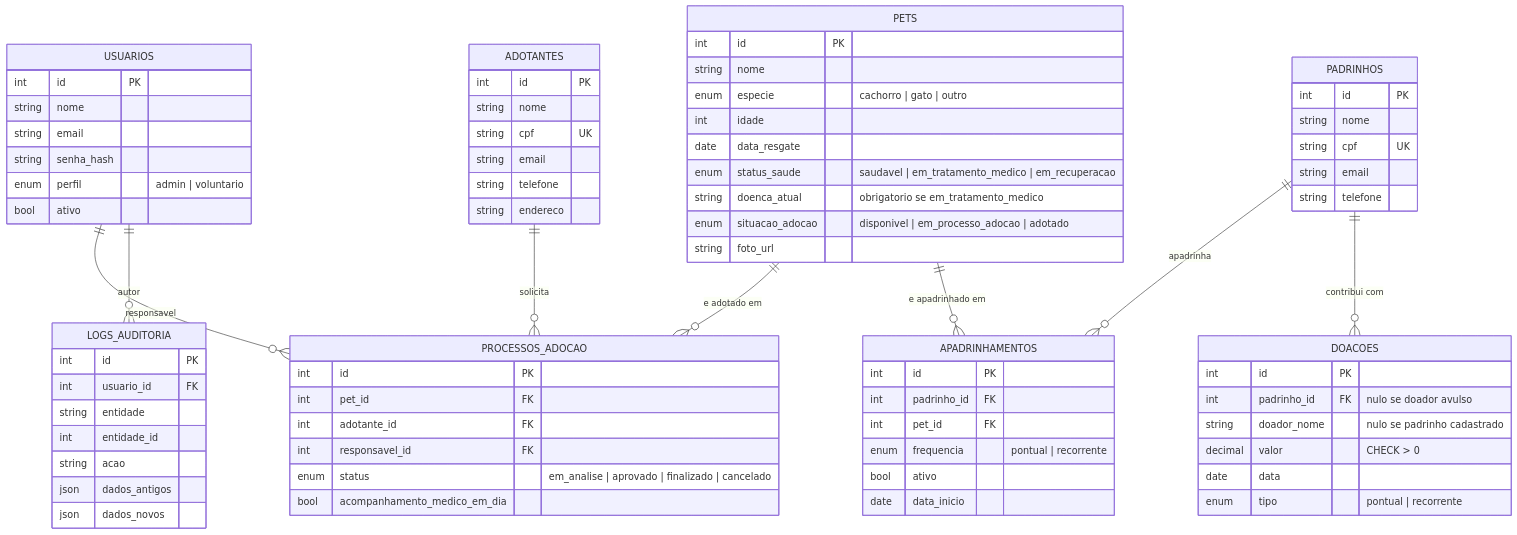
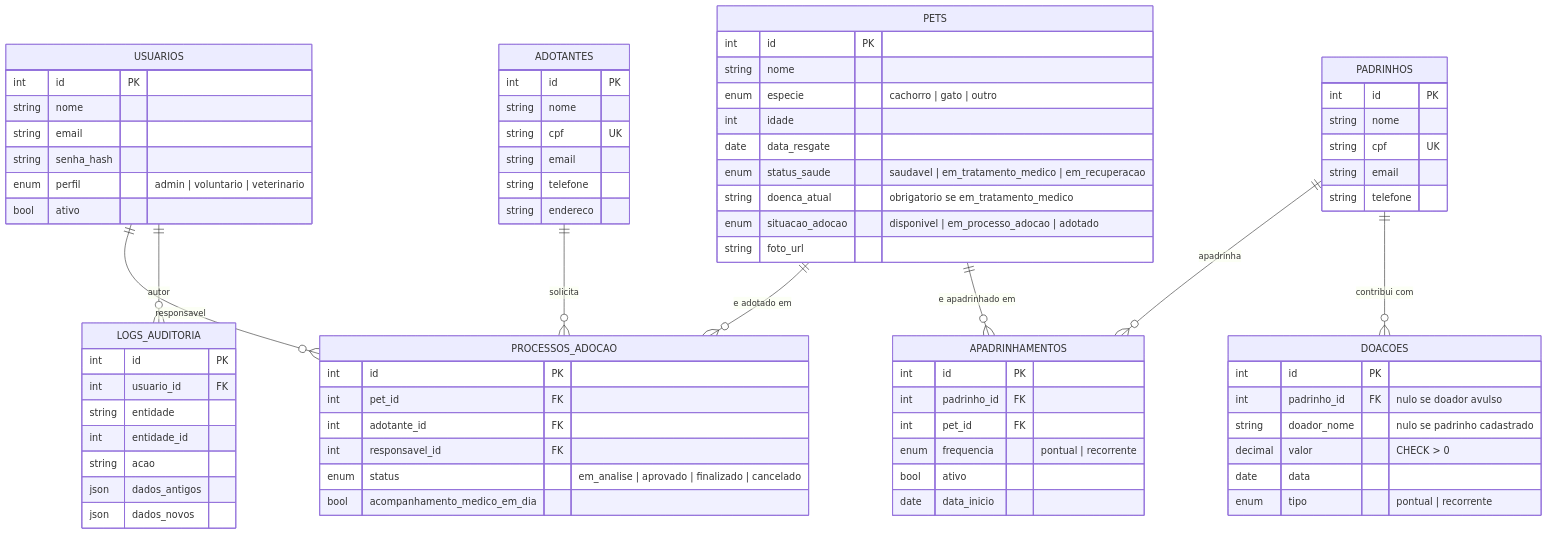
One commit to mendoncaluucas/PetMeet changed the diagram in docs/MODELO_DE_DADOS.md. Above: the diagram before and after it, drawn with Mermaid. The commit also changed 7 other files, not shown here.

Commit message:
feat: perfil veterinario em migration isolada, no seed e no CI

````diff
--- a/docs/MODELO_DE_DADOS.md
+++ b/docs/MODELO_DE_DADOS.md
@@ -3,78 +3,78 @@
 ```mermaid
 erDiagram
     USUARIOS ||--o{ PROCESSOS_ADOCAO : "responsavel"
     USUARIOS ||--o{ LOGS_AUDITORIA : "autor"
     PETS ||--o{ PROCESSOS_ADOCAO : "e adotado em"
     PETS ||--o{ APADRINHAMENTOS : "e apadrinhado em"
     ADOTANTES ||--o{ PROCESSOS_ADOCAO : "solicita"
     PADRINHOS ||--o{ APADRINHAMENTOS : "apadrinha"
     PADRINHOS ||--o{ DOACOES : "contribui com"
 
     USUARIOS {
         int id PK
         string nome
         string email
         string senha_hash
-        enum perfil "admin | voluntario"
+        enum perfil "admin | voluntario | veterinario"
         bool ativo
     }
     PETS {
         int id PK
         string nome
         enum especie "cachorro | gato | outro"
         int idade
         date data_resgate
         enum status_saude "saudavel | em_tratamento_medico | em_recuperacao"
         string doenca_atual "obrigatorio se em_tratamento_medico"
         enum situacao_adocao "disponivel | em_processo_adocao | adotado"
         string foto_url
     }
     ADOTANTES {
         int id PK
         string nome
         string cpf UK
         string email
         string telefone
         string endereco
     }
     PADRINHOS {
         int id PK
         string nome
         string cpf UK
         string email
         string telefone
     }
     APADRINHAMENTOS {
         int id PK
         int padrinho_id FK
         int pet_id FK
         enum frequencia "pontual | recorrente"
         bool ativo
         date data_inicio
     }
     PROCESSOS_ADOCAO {
         int id PK
         int pet_id FK
         int adotante_id FK
         int responsavel_id FK
         enum status "em_analise | aprovado | finalizado | cancelado"
         bool acompanhamento_medico_em_dia
     }
     DOACOES {
         int id PK
         int padrinho_id FK "nulo se doador avulso"
         string doador_nome "nulo se padrinho cadastrado"
         decimal valor "CHECK > 0"
         date data
         enum tipo "pontual | recorrente"
     }
     LOGS_AUDITORIA {
         int id PK
         int usuario_id FK
         string entidade
         int entidade_id
         string acao
         json dados_antigos
         json dados_novos
     }
 ```
````
